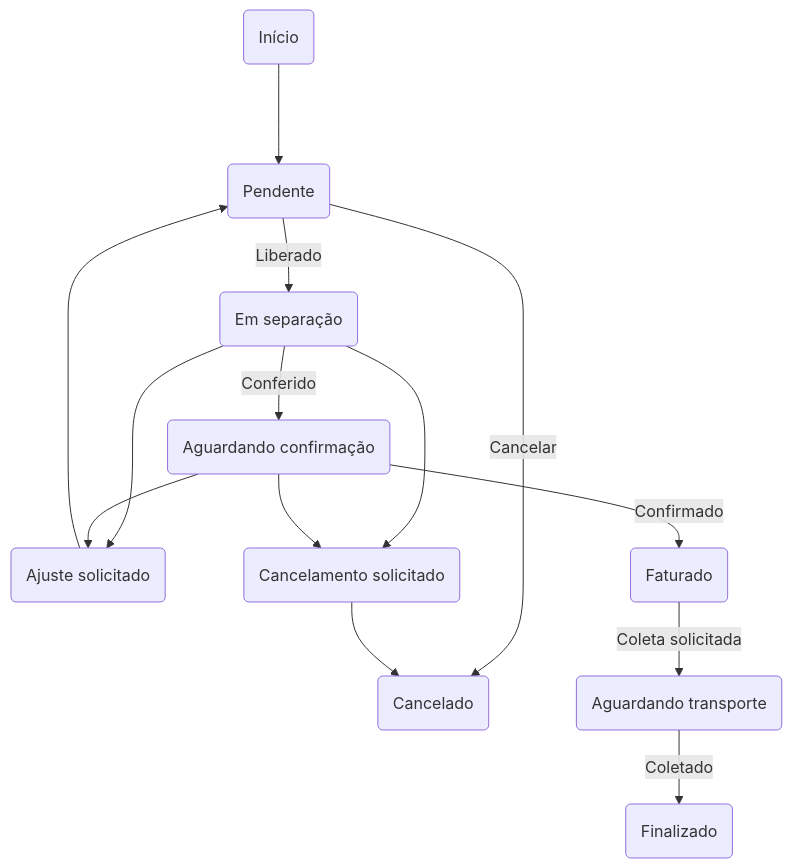
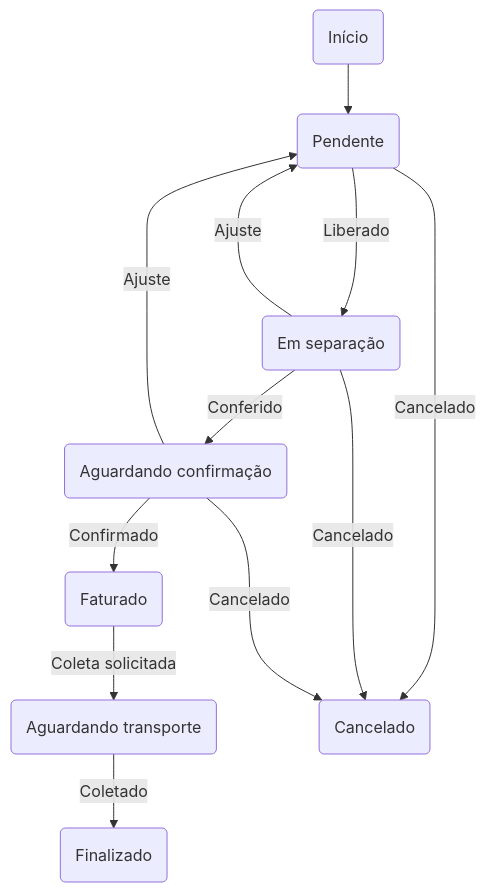
One commit to jrenato/dpl_orders changed the second of 2 diagrams in README.md. Above: the diagram before and after it, drawn with Mermaid.

Commit message:
Updated order status graph in README

````diff
--- a/README.md
+++ b/README.md
@@ -34,23 +34,16 @@
 ```mermaid
   graph TD;
-        id1(Início)--->id2(Pendente);
-        
+        id1(Início)-->id2(Pendente);
         id2-->|Liberado|id3(Em separação);
-        id2-->|Cancelar|id8(Cancelado);
-        
         id3-->|Conferido|id4(Aguardando confirmação);
-        id3-->id9(Ajuste solicitado);
-        id9-->id2;
-        id3-->id10(Cancelamento solicitado);
-        id10-->id8;
-        
         id4-->|Confirmado|id5(Faturado);
-        id4-->id9(Ajuste solicitado);
-        id4-->id10;
-        
         id5-->|Coleta solicitada|id6(Aguardando transporte);
-        
         id6-->|Coletado|id7(Finalizado);
 
+        id3--->|Ajuste|id2
+        id4--->|Ajuste|id2
 
+        id2--->|Cancelado|id8(Cancelado);
+        id3--->|Cancelado|id8;
+        id4--->|Cancelado|id8;
 ```
````
